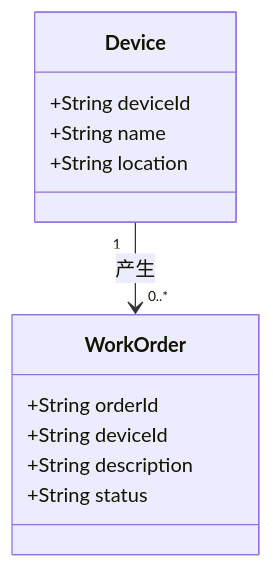
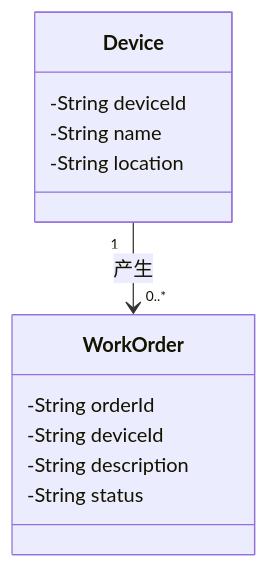
The second of 2 diagrams in docs/models.md (yokeres/iot-repair-group03), drawn with Mermaid before and after one commit. The commit also changed other lines of this file and 6 other files, not shown here.

````diff
--- a/docs/models.md
+++ b/docs/models.md
@@ -22,17 +64,17 @@
 ```mermaid
 classDiagram
     class Device {
-        +String deviceId
-        +String name
-        +String location
+        -String deviceId
+        -String name
+        -String location
     }
 
     class WorkOrder {
-        +String orderId
-        +String deviceId
-        +String description
-        +String status
+        -String orderId
+        -String deviceId
+        -String description
+        -String status
     }
 
     Device "1" --> "0..*" WorkOrder : 产生
 ```
````
